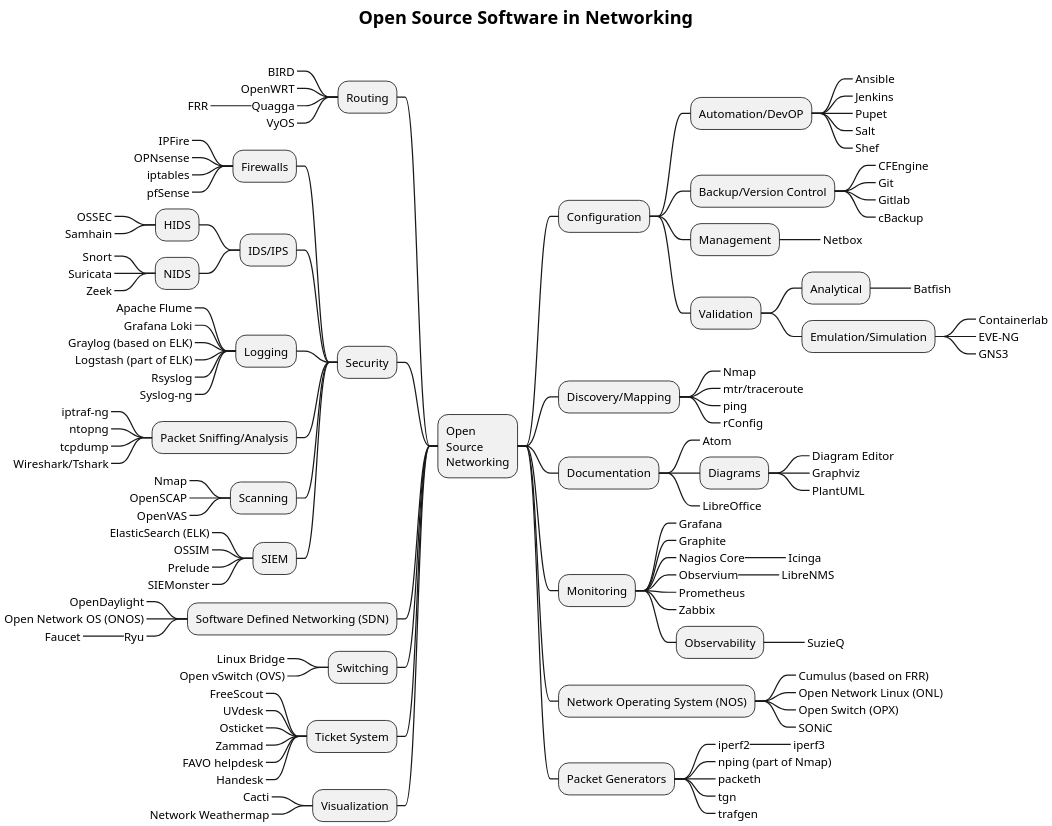
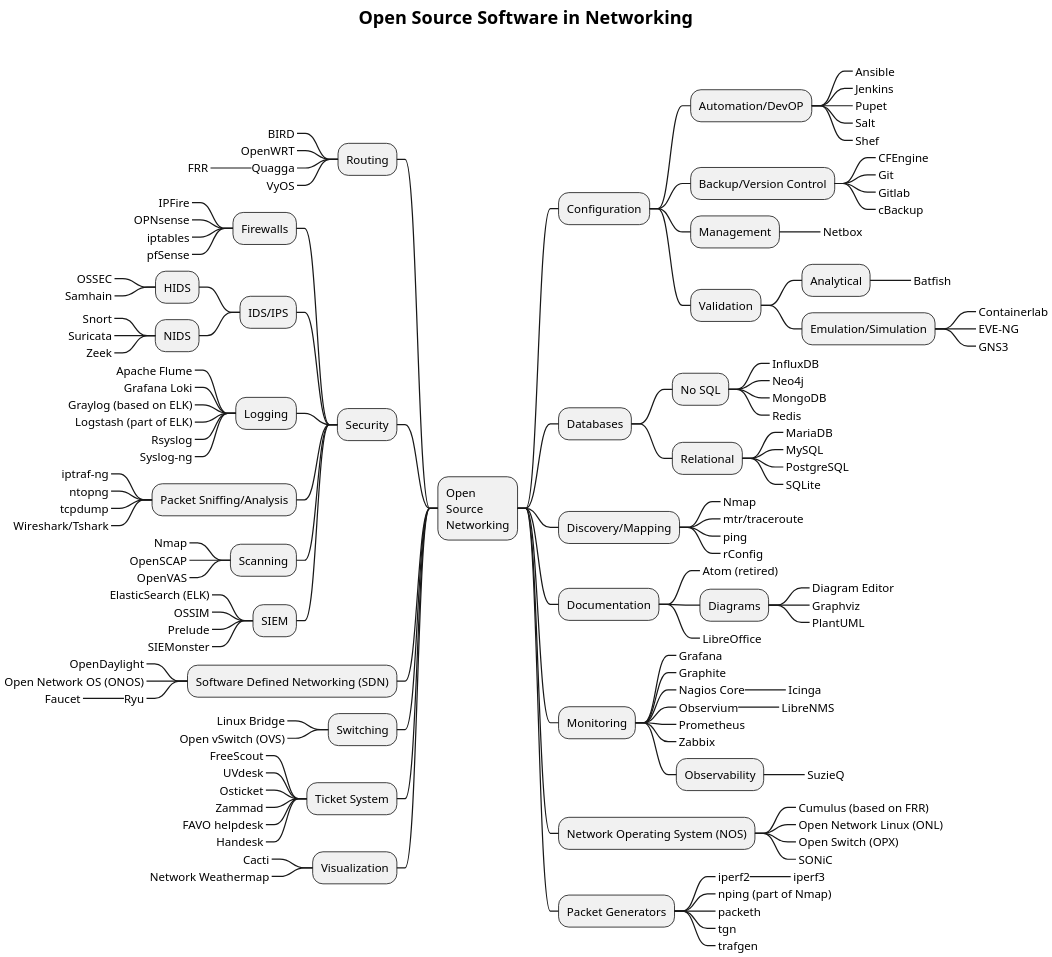
The diagram in OpenSourceMindMap.md (martimy/Open-Source-Networking), drawn with PlantUML before and after one commit.

Commit message:
add databases

```diff
--- a/OpenSourceMindMap.md
+++ b/OpenSourceMindMap.md
@@ -48,6 +48,17 @@
 *****_ EVE-NG
 *****_ GNS3
 
+** Databases
+*** No SQL
+****_ InfluxDB
+****_ Neo4j
+****_ MongoDB
+****_ Redis
+*** Relational
+****_ MariaDB
+****_ MySQL
+****_ PostgreSQL
+****_ SQLite
 
 ** Discovery/Mapping
 ***_ Nmap
@@ -56,7 +67,7 @@
 ***_ rConfig
 
 ** Documentation
-***_ Atom
+***_ Atom (retired)
 *** Diagrams
 ****_ Diagram Editor
 ****_ Graphviz
```
